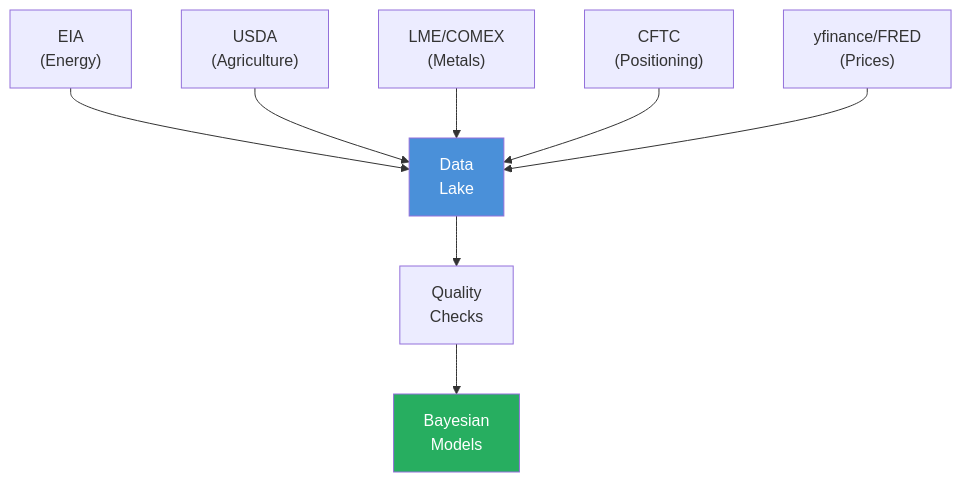
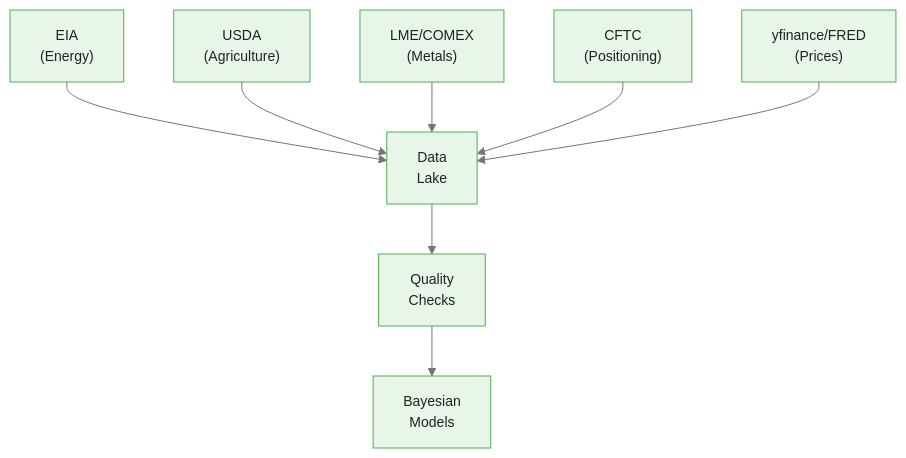
One commit to m-deane/course-creator changed the fourth of 4 diagrams in courses/bayesian-commodity-forecasting/modules/module_02_commodity_data/guides/01_data_sources_slides.md. Above: the diagram before and after it, drawn with Mermaid. The commit also changed other lines of this file and 104 other files, not shown here.

````diff
--- a/courses/bayesian-commodity-forecasting/modules/module_02_commodity_data/guides/01_data_sources_slides.md
+++ b/courses/bayesian-commodity-forecasting/modules/module_02_commodity_data/guides/01_data_sources_slides.md
@@ -326,12 +339,11 @@
 ```mermaid
+%%{init: {"theme": "base", "themeVariables": {"primaryColor": "#e8f5e9", "primaryBorderColor": "#4caf50", "primaryTextColor": "#212121", "secondaryColor": "#e3f2fd", "tertiaryColor": "#fff8e1", "lineColor": "#757575", "fontFamily": "Inter, sans-serif", "fontSize": "14px"}}}%%
 flowchart TD
     EIA["EIA\n(Energy)"] --> DL["Data\nLake"]
     USDA["USDA\n(Agriculture)"] --> DL
     LME["LME/COMEX\n(Metals)"] --> DL
     CFTC["CFTC\n(Positioning)"] --> DL
     YF["yfinance/FRED\n(Prices)"] --> DL
     DL --> QC["Quality\nChecks"]
     QC --> MODEL["Bayesian\nModels"]
-    style DL fill:#4a90d9,color:#fff
-    style MODEL fill:#27ae60,color:#fff
 ```
````
